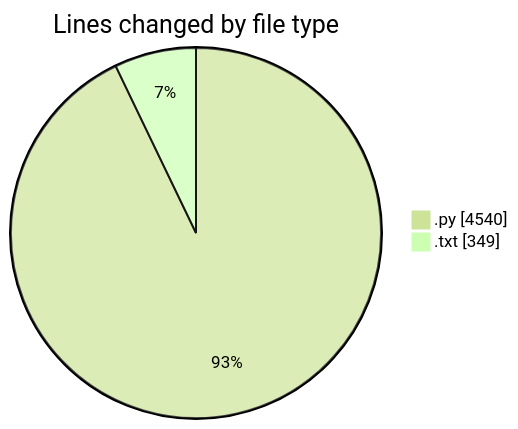
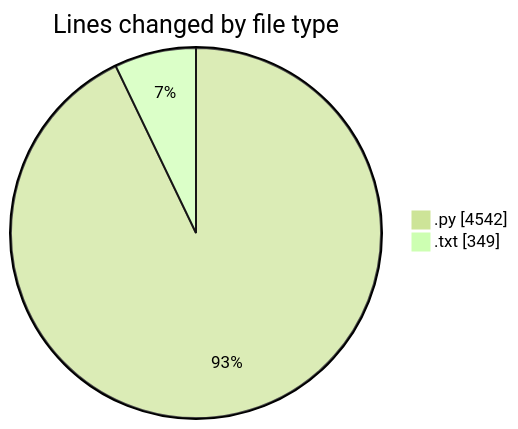
Before and after one commit to Ritupan-Deka/code-tracking: the first of 2 diagrams in 2025-05-26/zip_file/README.md, drawn with Mermaid (forest theme). The commit also changed other lines of this file and 1 other file, not shown here.

````diff
--- a/2025-05-26/zip_file/README.md
+++ b/2025-05-26/zip_file/README.md
@@ -35,6 +37,6 @@
 ```mermaid
 pie showData
 title Lines changed by file type
-".py" : 4540
+".py" : 4542
 ".txt" : 349
 ```
````
